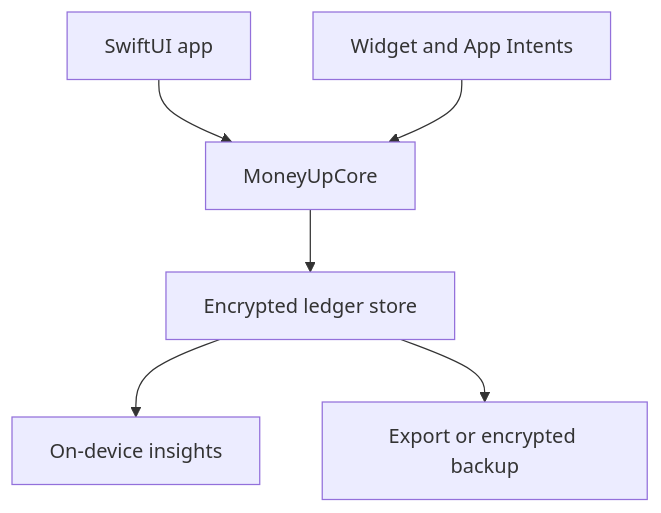
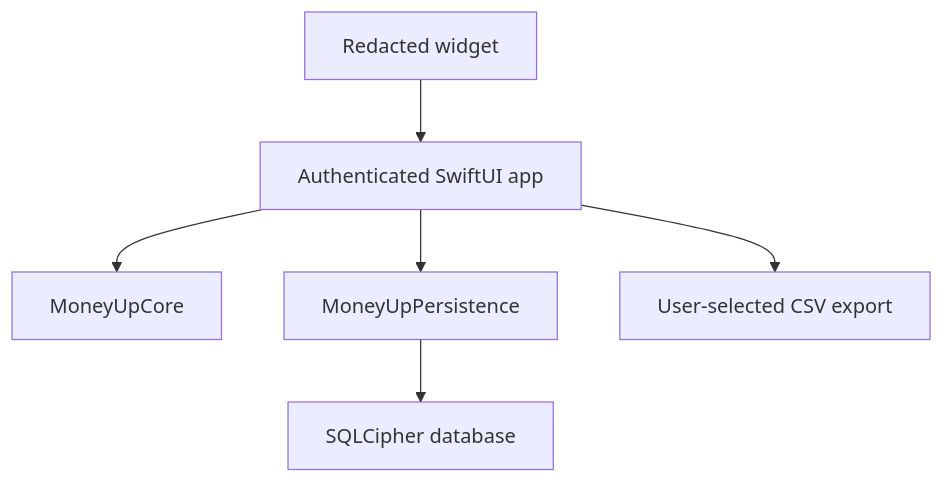
One commit to LaiWenKang/MoneyUp changed the diagram in docs/ARCHITECTURE.md. Above: the diagram before and after it, drawn with Mermaid. The commit also changed other lines of this file and 9 other files, not shown here.

````diff
--- a/docs/ARCHITECTURE.md
+++ b/docs/ARCHITECTURE.md
@@ -5,8 +5,8 @@
 ```mermaid
 flowchart TD
-    UI["SwiftUI app"] --> Domain["MoneyUpCore"]
-    Widget["Widget and App Intents"] --> Domain
-    Domain --> Store["Encrypted ledger store"]
-    Store --> Insight["On-device insights"]
-    Store --> Portability["Export or encrypted backup"]
+    Widget["Redacted widget"] --> App["Authenticated SwiftUI app"]
+    App --> Core["MoneyUpCore"]
+    App --> Store["MoneyUpPersistence"]
+    Store --> Cipher["SQLCipher database"]
+    App --> Export["User-selected CSV export"]
 ```
````
